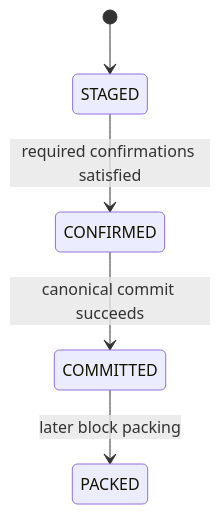
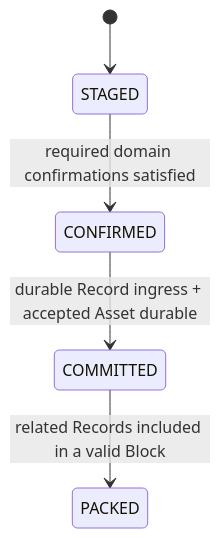
The fifth of 5 diagrams in docs/architecture.md (labourchain/repository), drawn with Mermaid before and after one commit. The commit also changed other lines of this file, not shown here.

Commit message:
docs: separate durable Record ingress from block confirmation

````diff
--- a/docs/architecture.md
+++ b/docs/architecture.md
@@ -235,7 +270,7 @@
 ```mermaid
 stateDiagram-v2
     [*] --> STAGED
-    STAGED --> CONFIRMED: required confirmations satisfied
-    CONFIRMED --> COMMITTED: canonical commit succeeds
-    COMMITTED --> PACKED: later block packing
+    STAGED --> CONFIRMED: required domain confirmations satisfied
+    CONFIRMED --> COMMITTED: durable Record ingress + accepted Asset durable
+    COMMITTED --> PACKED: related Records included in a valid Block
 ```
````
